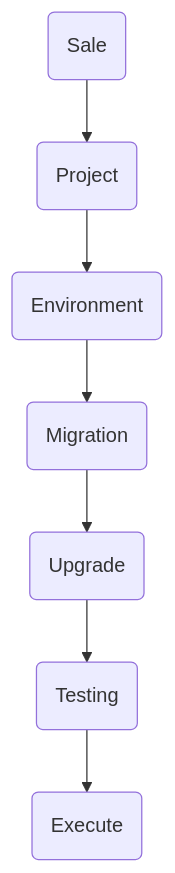
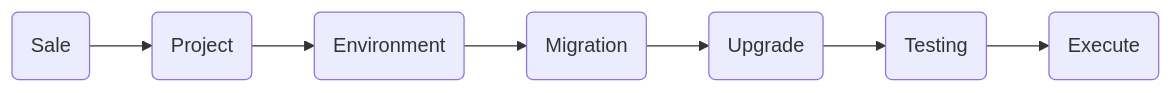
One commit to Mint-System/Website changed the diagram in content/de/blog/posts/alles-uber-odoo-upgrades.md. Above: the diagram before and after it, drawn with Mermaid.

Commit message:
vault backup: 2025-01-18 14:42:18

````diff
--- a/content/de/blog/posts/alles-uber-odoo-upgrades.md
+++ b/content/de/blog/posts/alles-uber-odoo-upgrades.md
@@ -67,9 +67,9 @@
 ```mermaid
-flowchart TD
+flowchart LR
     A(Sale) --> B(Project)
     B --> C(Environment)
     C --> D(Migration)
     D --> E(Upgrade)
     E --> F(Testing)
     F --> G(Execute)
 ```
````
